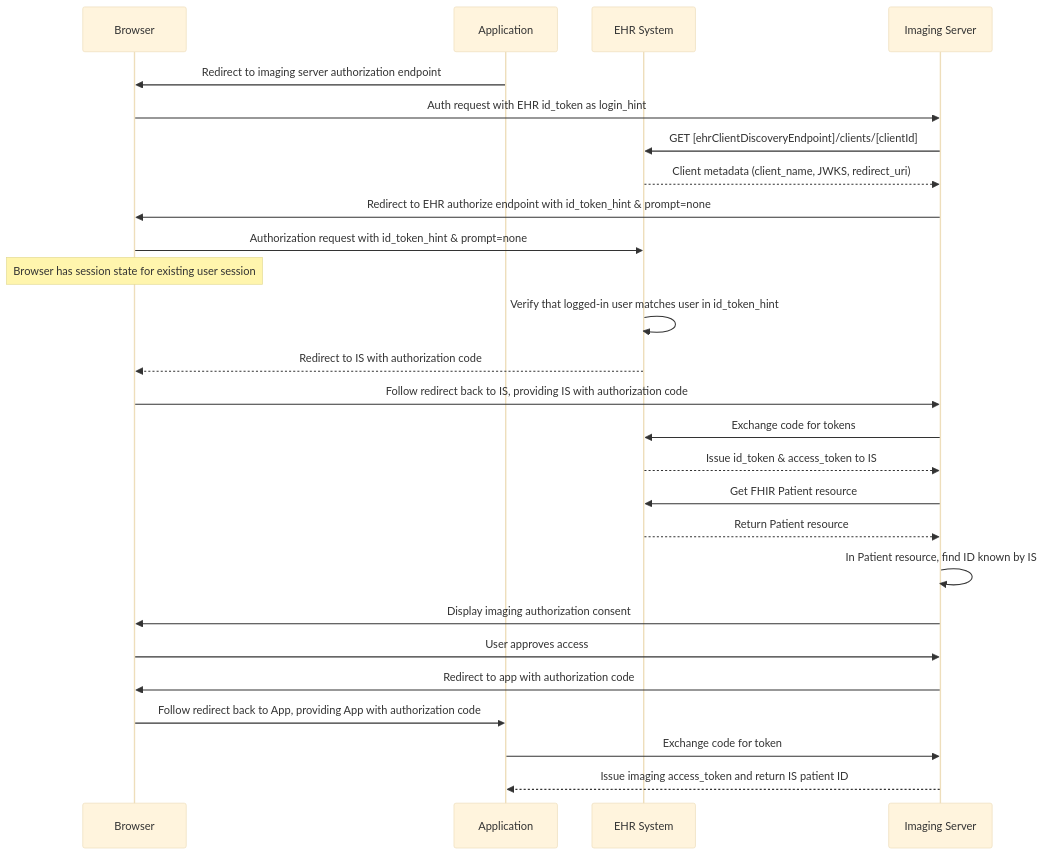
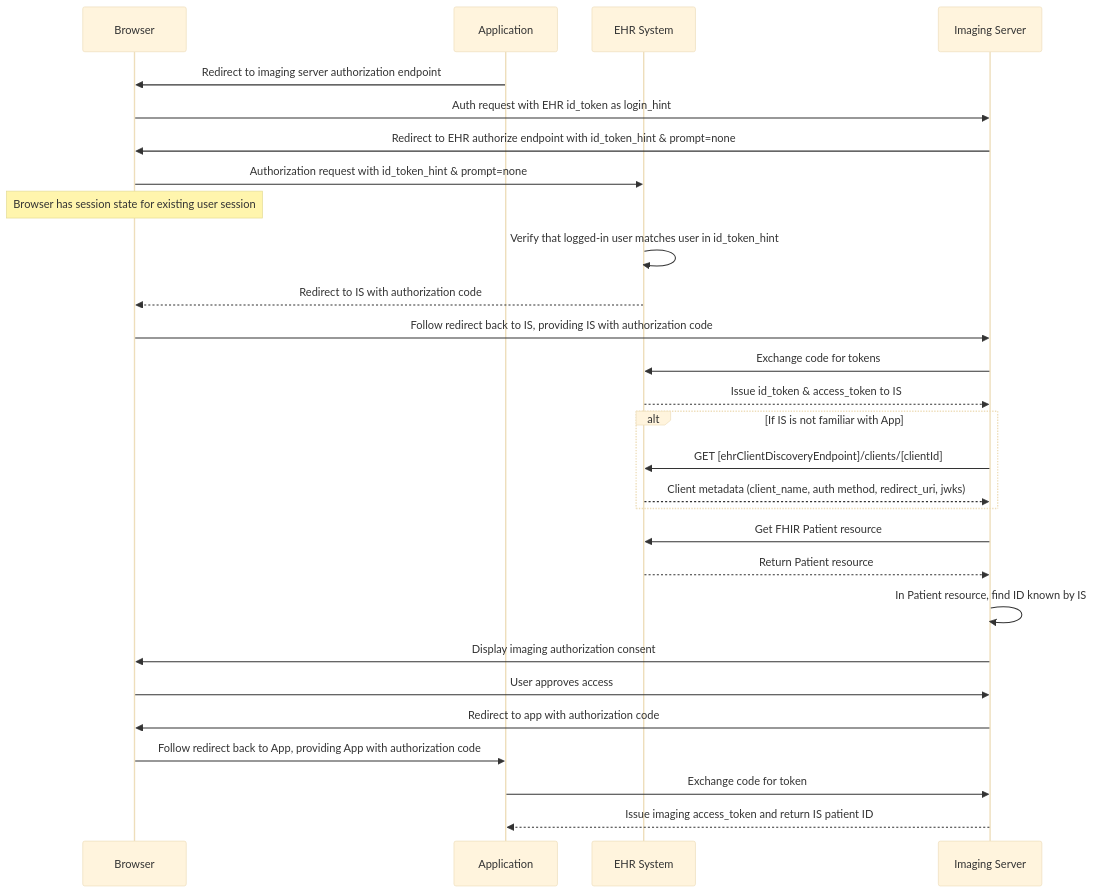
The third of 4 diagrams in input/pagecontent/solution-dual-smart-launch.md (bvdh/smart-multi-auth), drawn with Mermaid (base theme) before and after one commit.

Commit message:
move client metadata retrievel to where IS already has an access token

````diff
--- a/input/pagecontent/solution-dual-smart-launch.md
+++ b/input/pagecontent/solution-dual-smart-launch.md
@@ -132,31 +132,34 @@
 ```mermaid
 sequenceDiagram
     participant Browser
     participant App as Application
     participant EHR as EHR System
     participant IS as Imaging Server
     
     App->>Browser: Redirect to imaging server authorization endpoint
     Browser->>IS: Auth request with EHR id_token as login_hint
-    IS->>EHR: GET [ehrClientDiscoveryEndpoint]/clients/[clientId]
-    EHR-->>IS: Client metadata (client_name, JWKS, redirect_uri)
     IS->>Browser: Redirect to EHR authorize endpoint with id_token_hint & prompt=none
     Browser->>EHR: Authorization request with id_token_hint & prompt=none
     Note over Browser: Browser has session state for existing user session 
     EHR->>EHR: Verify that logged-in user matches user in id_token_hint
     EHR-->>Browser: Redirect to IS with authorization code
     Browser->>IS: Follow redirect back to IS, providing IS with authorization code
     IS->>EHR: Exchange code for tokens
     EHR-->>IS: Issue id_token & access_token to IS 
     
+    alt If IS is not familiar with App
+    IS->>EHR: GET [ehrClientDiscoveryEndpoint]/clients/[clientId]
+    EHR-->>IS: Client metadata (client_name, auth method, redirect_uri, jwks)
+    end
+
     IS->>EHR: Get FHIR Patient resource
     EHR-->>IS: Return Patient resource
     IS->>IS: In Patient resource, find ID known by IS
     
     IS->>Browser: Display imaging authorization consent
     Browser->>IS: User approves access
     IS->>Browser: Redirect to app with authorization code
     Browser->>App: Follow redirect back to App, providing App with authorization code
     App->>IS: Exchange code for token
     IS-->>App: Issue imaging access_token and return IS patient ID
 ```
````
